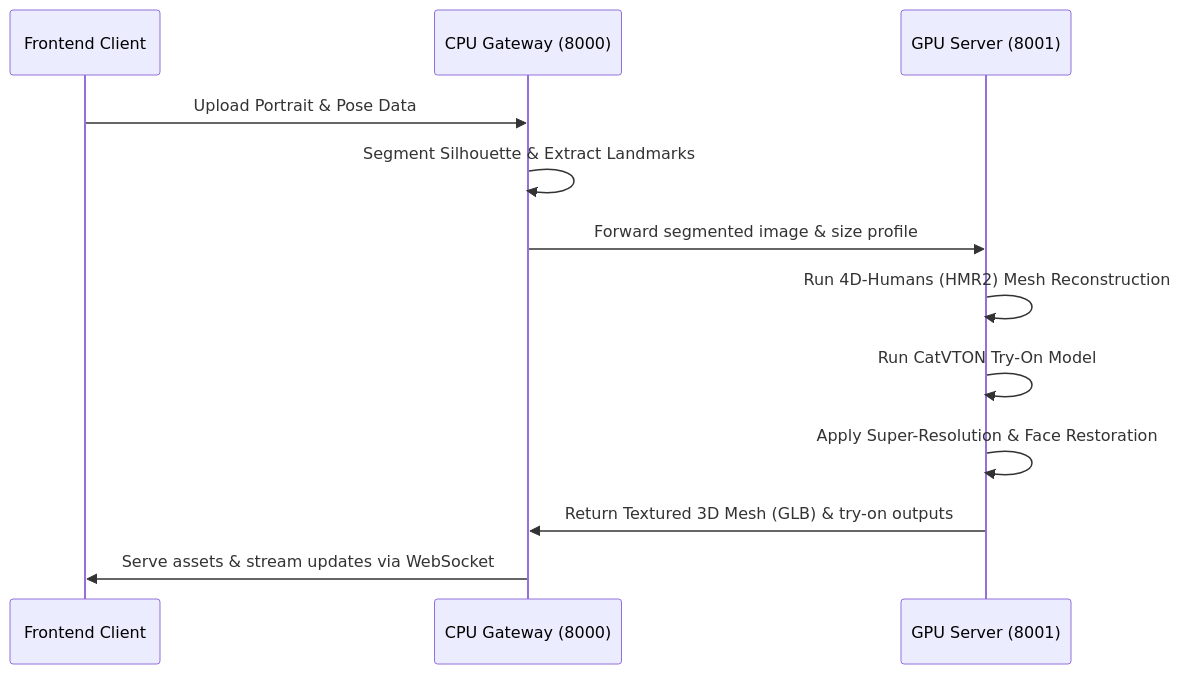
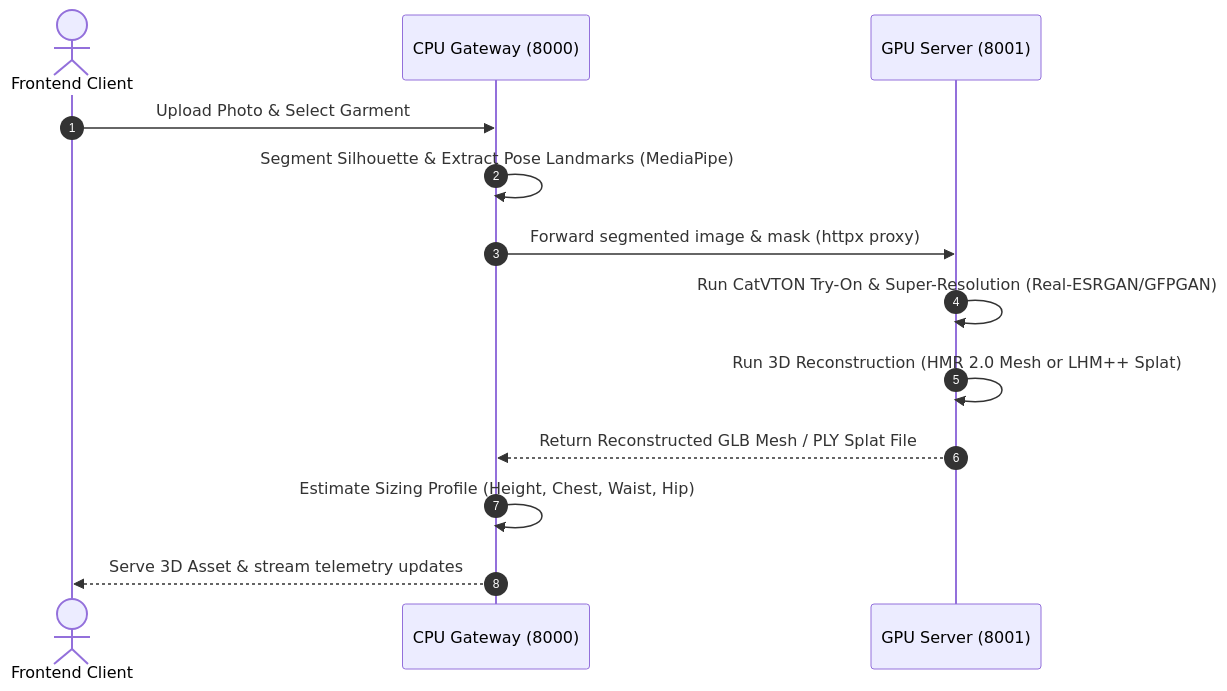
Before and after one commit to anantj09/VR-TryOn-Studio: the third of 3 diagrams in README.md, drawn with Mermaid. The commit also changed other lines of this file, not shown here.

````diff
--- a/README.md
+++ b/README.md
@@ -75,15 +120,16 @@
 ```mermaid
 sequenceDiagram
-    participant User as Frontend Client
+    autonumber
+    actor User as Frontend Client
     participant CPU as CPU Gateway (8000)
     participant GPU as GPU Server (8001)
 
-    User->>CPU: Upload Portrait & Pose Data
-    CPU->>CPU: Segment Silhouette & Extract Landmarks
-    CPU->>GPU: Forward segmented image & size profile
-    GPU->>GPU: Run 4D-Humans (HMR2) Mesh Reconstruction
-    GPU->>GPU: Run CatVTON Try-On Model
-    GPU->>GPU: Apply Super-Resolution & Face Restoration
-    GPU->>CPU: Return Textured 3D Mesh (GLB) & try-on outputs
-    CPU->>User: Serve assets & stream updates via WebSocket
+    User->>CPU: Upload Photo & Select Garment
+    CPU->>CPU: Segment Silhouette & Extract Pose Landmarks (MediaPipe)
+    CPU->>GPU: Forward segmented image & mask (httpx proxy)
+    GPU->>GPU: Run CatVTON Try-On & Super-Resolution (Real-ESRGAN/GFPGAN)
+    GPU->>GPU: Run 3D Reconstruction (HMR 2.0 Mesh or LHM++ Splat)
+    GPU-->>CPU: Return Reconstructed GLB Mesh / PLY Splat File
+    CPU->>CPU: Estimate Sizing Profile (Height, Chest, Waist, Hip)
+    CPU-->>User: Serve 3D Asset & stream telemetry updates
 ```
````
